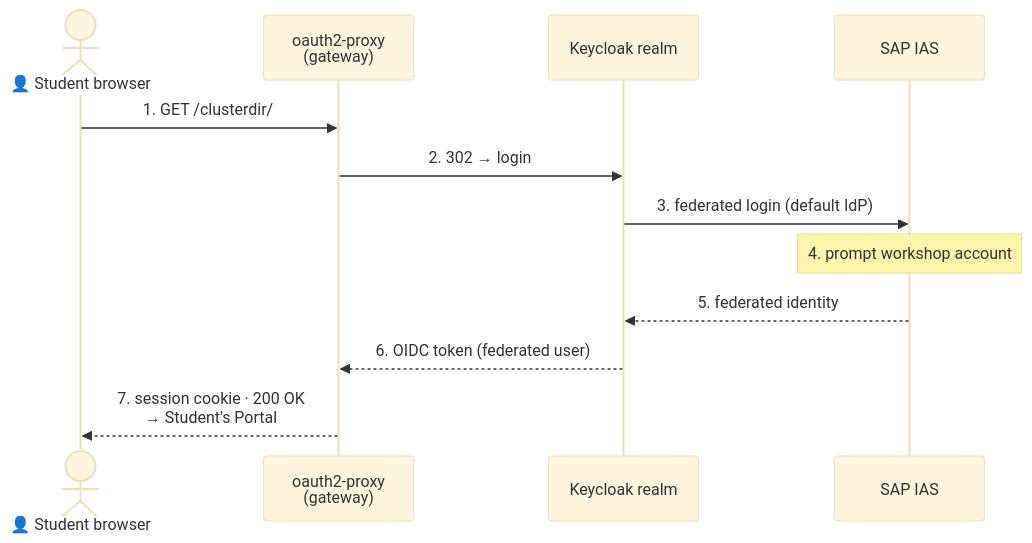
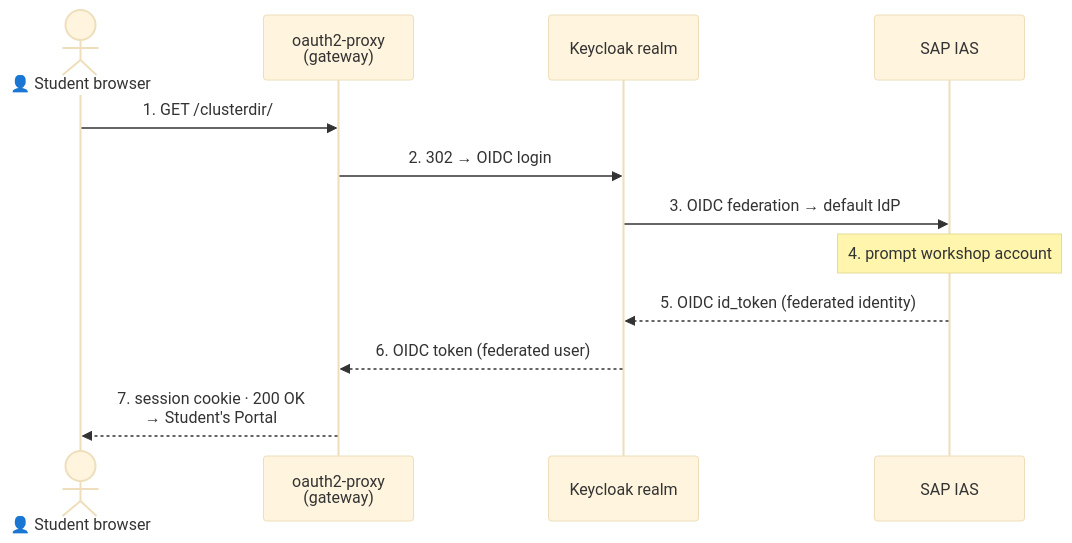
The first of 4 diagrams in exercises/ex0/README.md (SAP-samples/teched2026-XP266), drawn with Mermaid (base theme) before and after one commit. The commit also changed other lines of this file, not shown here.

Commit message:
docs(ex0): make OIDC-end-to-end explicit in §0.1 sign-in diagram (no SAML anywhere)
- Preamble: 'End-to-end OIDC — no SAML anywhere in the path'
- Edge labels now carry OIDC on every Keycloak-adjacent hop:
  '302 → OIDC login', 'OIDC federation → default IdP', 'OIDC id_token (federated identity)',
  'OIDC token (federated user)'

````diff
--- a/exercises/ex0/README.md
+++ b/exercises/ex0/README.md
@@ -74,15 +74,15 @@
 ```mermaid
 sequenceDiagram
     actor U as 👤 Student browser
     participant OP as oauth2-proxy<br/>(gateway)
     participant KC as Keycloak realm
     participant IAS as SAP IAS
 
     U->>OP: 1. GET /clusterdir/
-    OP->>KC: 2. 302 → login
-    KC->>IAS: 3. federated login (default IdP)
+    OP->>KC: 2. 302 → OIDC login
+    KC->>IAS: 3. OIDC federation → default IdP
     Note over IAS: 4. prompt workshop account
-    IAS-->>KC: 5. federated identity
+    IAS-->>KC: 5. OIDC id_token (federated identity)
     KC-->>OP: 6. OIDC token (federated user)
     OP-->>U: 7. session cookie · 200 OK<br/>→ Student's Portal
 ```
````
